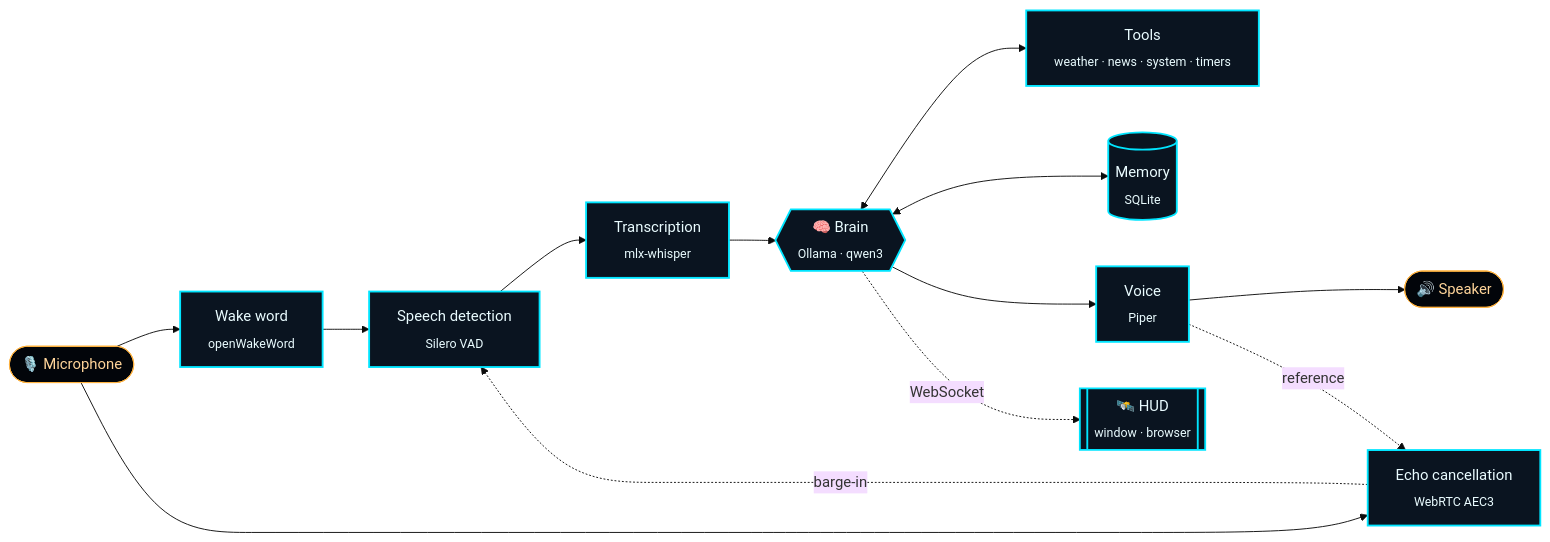
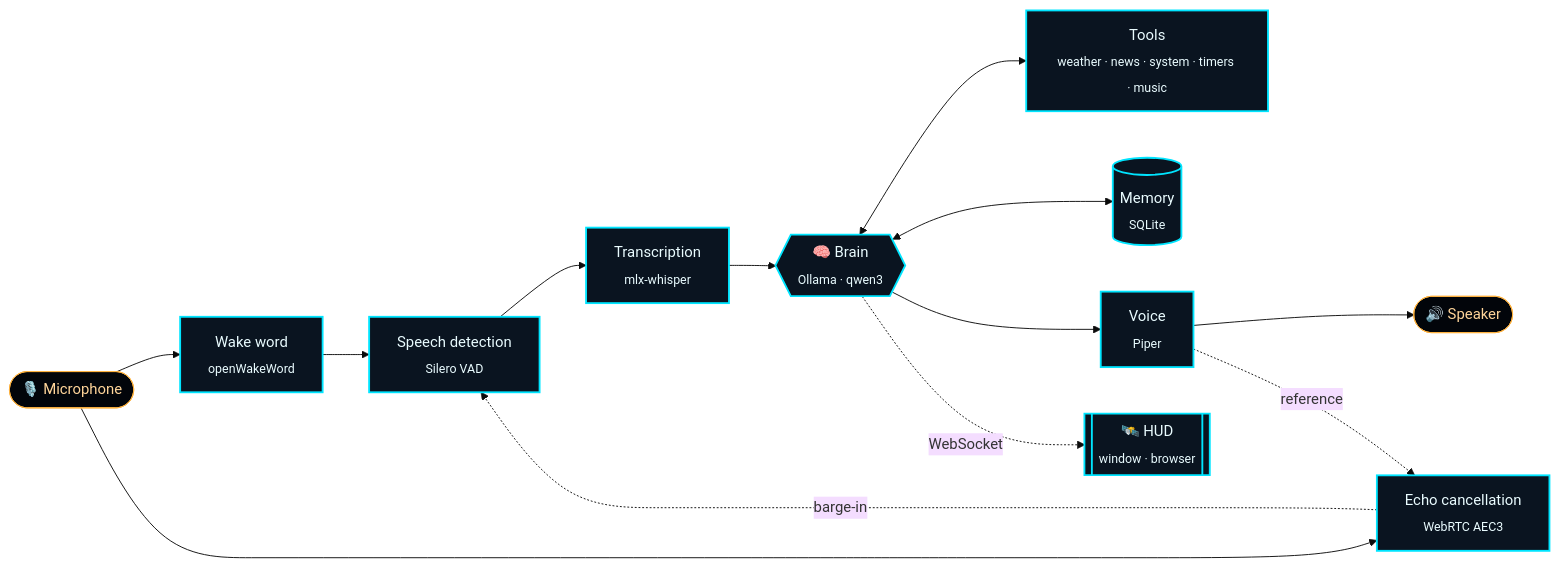
The diagram in README.md (MichelleBudri/my-jarvis), drawn with Mermaid (base theme) before and after one commit. The commit also changed other lines of this file and 11 other files, not shown here.

````diff
--- a/README.md
+++ b/README.md
@@ -96,21 +102,21 @@
 ```mermaid
 flowchart LR
     MIC(["🎙️ Microphone"]) --> WAKE["Wake word<br/><sub>openWakeWord</sub>"]
     WAKE --> VAD["Speech detection<br/><sub>Silero VAD</sub>"]
     VAD --> STT["Transcription<br/><sub>mlx-whisper</sub>"]
     STT --> LLM{{"🧠 Brain<br/><sub>Ollama · qwen3</sub>"}}
-    LLM <--> TOOLS["Tools<br/><sub>weather · news · system · timers</sub>"]
+    LLM <--> TOOLS["Tools<br/><sub>weather · news · system · timers · music</sub>"]
     LLM <--> MEM[("Memory<br/><sub>SQLite</sub>")]
     LLM --> TTS["Voice<br/><sub>Piper</sub>"]
     TTS --> SPK(["🔊 Speaker"])
     TTS -. reference .-> AEC["Echo cancellation<br/><sub>WebRTC AEC3</sub>"]
     MIC --> AEC
     AEC -. barge-in .-> VAD
     LLM -. WebSocket .-> HUD[["🛰️ HUD<br/><sub>window · browser</sub>"]]
 
     classDef core fill:#0a1420,stroke:#00e5ff,color:#eafcff,stroke-width:2px
     classDef io fill:#02050a,stroke:#ffb340,color:#ffd59a
     class WAKE,VAD,STT,TOOLS,MEM,TTS,AEC,HUD core
     class LLM core
     class MIC,SPK io
 ```
````
